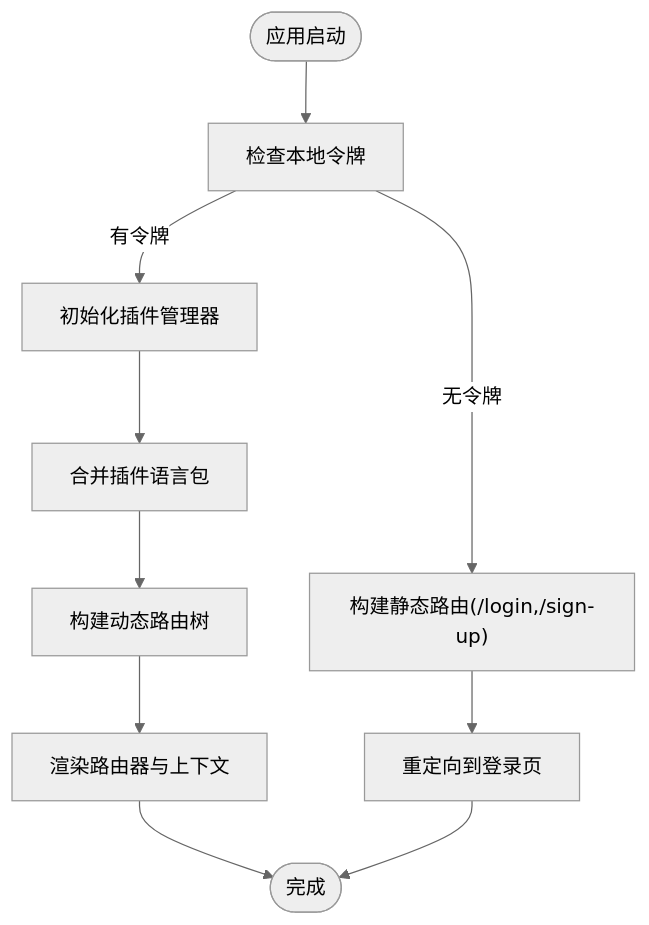
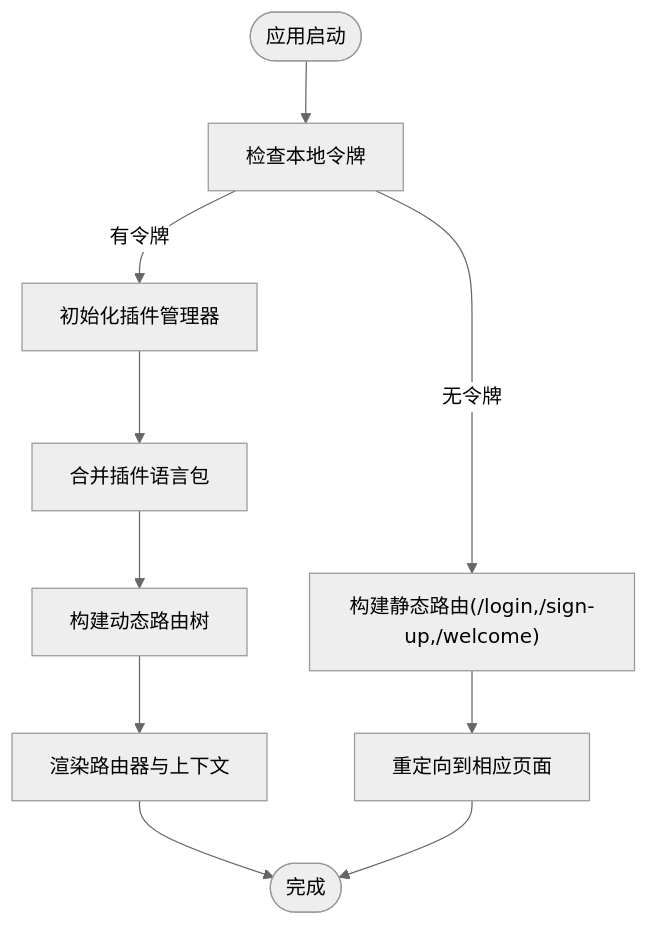
Before and after one commit to LRF0422/Kotion: the third of 9 diagrams in .qoder/repowiki/zh/content/核心模块/应用主组件.md, drawn with Mermaid (neutral theme). The commit also changed other lines of this file and 75 other files, not shown here.

````diff
--- a/.qoder/repowiki/zh/content/核心模块/应用主组件.md
+++ b/.qoder/repowiki/zh/content/核心模块/应用主组件.md
@@ -165,12 +176,12 @@
 ```mermaid
 flowchart TD
 Start(["应用启动"]) --> CheckToken["检查本地令牌"]
 CheckToken --> |有令牌| InitPM["初始化插件管理器"]
-CheckToken --> |无令牌| BuildStatic["构建静态路由(/login,/sign-up)"]
+CheckToken --> |无令牌| BuildStatic["构建静态路由(/login,/sign-up,/welcome)"]
 InitPM --> MergeLocales["合并插件语言包"]
 MergeLocales --> BuildDynamic["构建动态路由树"]
-BuildStatic --> Redirect["重定向到登录页"]
+BuildStatic --> Redirect["重定向到相应页面"]
 BuildDynamic --> Render["渲染路由器与上下文"]
 Render --> End(["完成"])
 Redirect --> End
 ```
````
